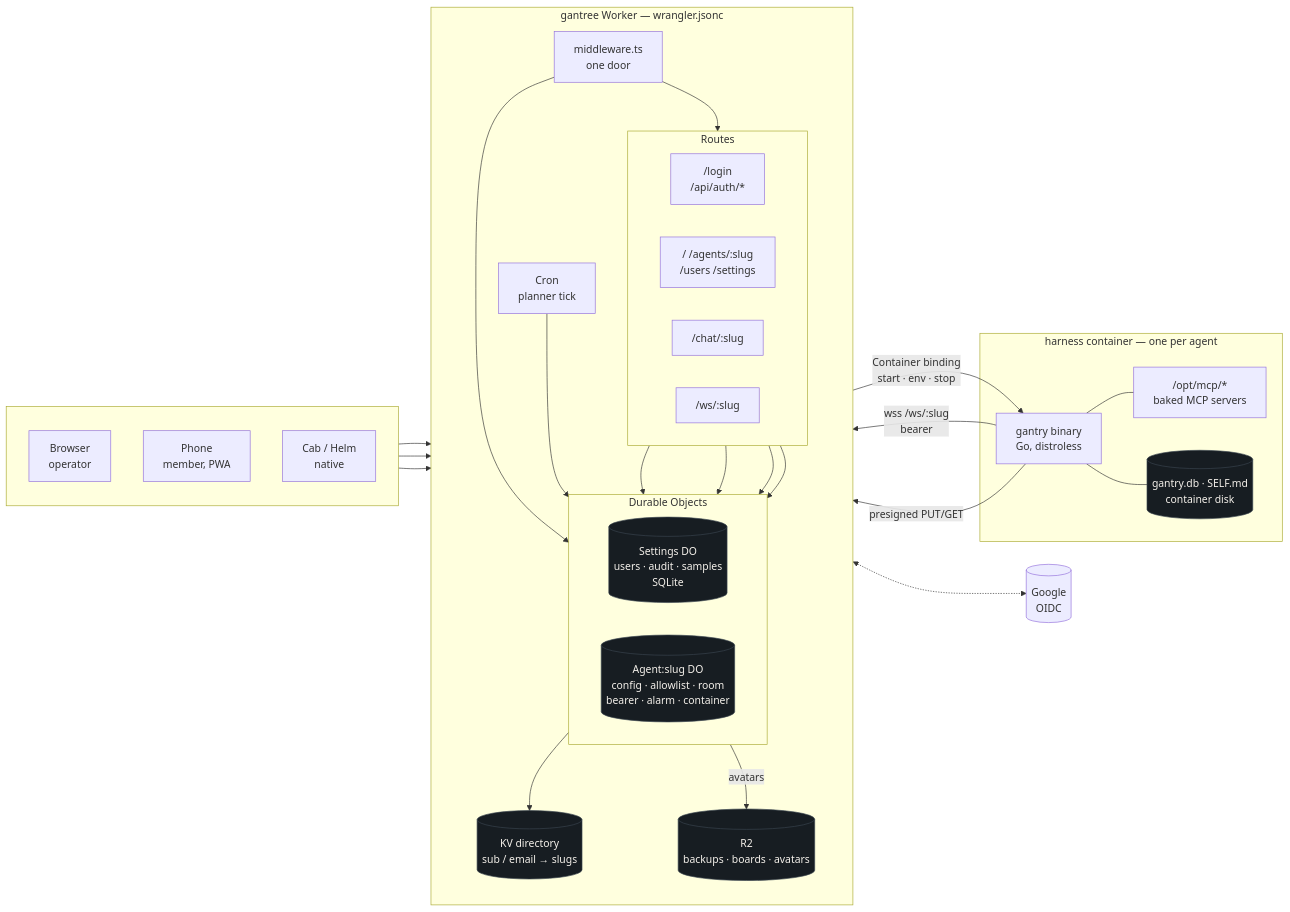
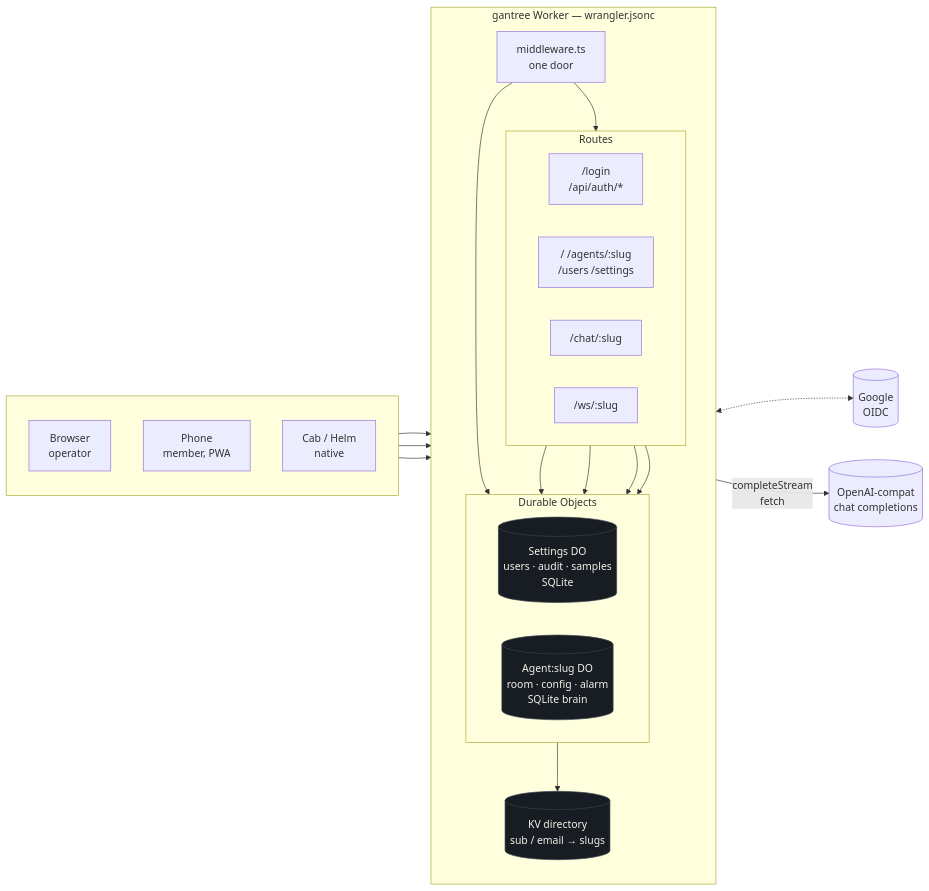
The first of 14 diagrams in docs/architecture.md (shotah/gantree2), drawn with Mermaid before and after one commit. The commit also changed other lines of this file and 1526 other files, not shown here.

````diff
--- a/docs/architecture.md
+++ b/docs/architecture.md
@@ -21,57 +38,44 @@
 ```mermaid
 flowchart LR
   subgraph people[" "]
     direction TB
     B[Browser<br/>operator]
     P[Phone<br/>member, PWA]
     C[Cab / Helm<br/>native]
   end
 
   subgraph worker["gantree Worker — wrangler.jsonc"]
     direction TB
     MW[middleware.ts<br/>one door]
     subgraph routes["Routes"]
       direction LR
       L["/login<br/>/api/auth/*"]
       S["/  /agents/:slug<br/>/users  /settings"]
       CH["/chat/:slug"]
       WS["/ws/:slug"]
     end
     subgraph dos["Durable Objects"]
       direction LR
       SDO[("Settings DO<br/>users · audit · samples<br/>SQLite")]
-      ADO[("Agent:slug DO<br/>config · allowlist · room<br/>bearer · alarm · container")]
+      ADO[("Agent:slug DO<br/>room · config · alarm<br/>SQLite brain")]
     end
     KV[("KV directory<br/>sub / email → slugs")]
-    R2[("R2<br/>backups · boards · avatars")]
-    CRON[Cron<br/>planner tick]
   end
 
-  subgraph box["harness container — one per agent"]
-    H[gantry binary<br/>Go, distroless]
-    MCP["/opt/mcp/*<br/>baked MCP servers"]
-    DB[("gantry.db · SELF.md<br/>container disk")]
-    H --- MCP
-    H --- DB
-  end
-
+  LLM[(OpenAI-compat<br/>chat completions)]
   G[(Google<br/>OIDC)]
 
   B & P & C --> MW
   MW --> routes
   L <-.-> G
   S --> SDO
   S --> ADO
   CH --> ADO
   WS --> ADO
   MW --> SDO
   SDO --> KV
-  ADO -- "Container binding<br/>start · env · stop" --> H
-  H -- "wss /ws/:slug<br/>bearer" --> WS
-  H -- "presigned PUT/GET" --> R2
-  CRON --> ADO
-  ADO -- avatars --> R2
+  ADO -- "completeStream<br/>fetch" --> LLM
 
   classDef store fill:#171d22,stroke:#3a4550,color:#f4f0ea
-  class SDO,ADO,KV,R2,DB store
+  class SDO,ADO,KV store
 ```
````
